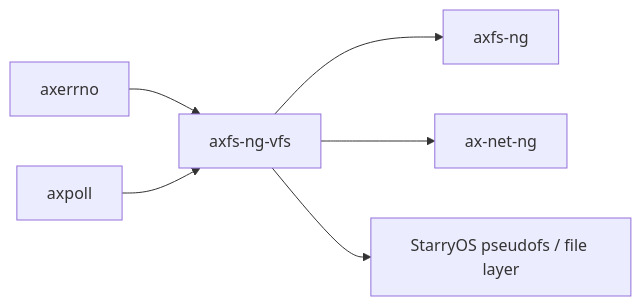
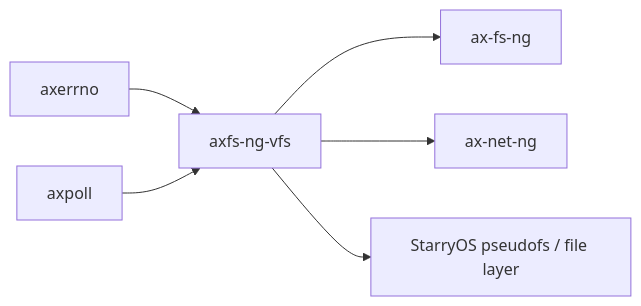
The second of 2 diagrams in docs/crates/axfs-ng-vfs.md (zKurisu/tgoskits), drawn with Mermaid before and after one commit. The commit also changed other lines of this file and 37 other files, not shown here.

````diff
--- a/docs/crates/axfs-ng-vfs.md
+++ b/docs/crates/axfs-ng-vfs.md
@@ -98,9 +98,9 @@
 ```mermaid
 graph LR
     axerrno["axerrno"] --> current["axfs-ng-vfs"]
     axpoll["axpoll"] --> current
 
-    current --> axfs_ng["axfs-ng"]
+    current --> axfs_ng["ax-fs-ng"]
     current --> axnet_ng["ax-net-ng"]
     current --> starry_pseudofs["StarryOS pseudofs / file layer"]
 ```
````
